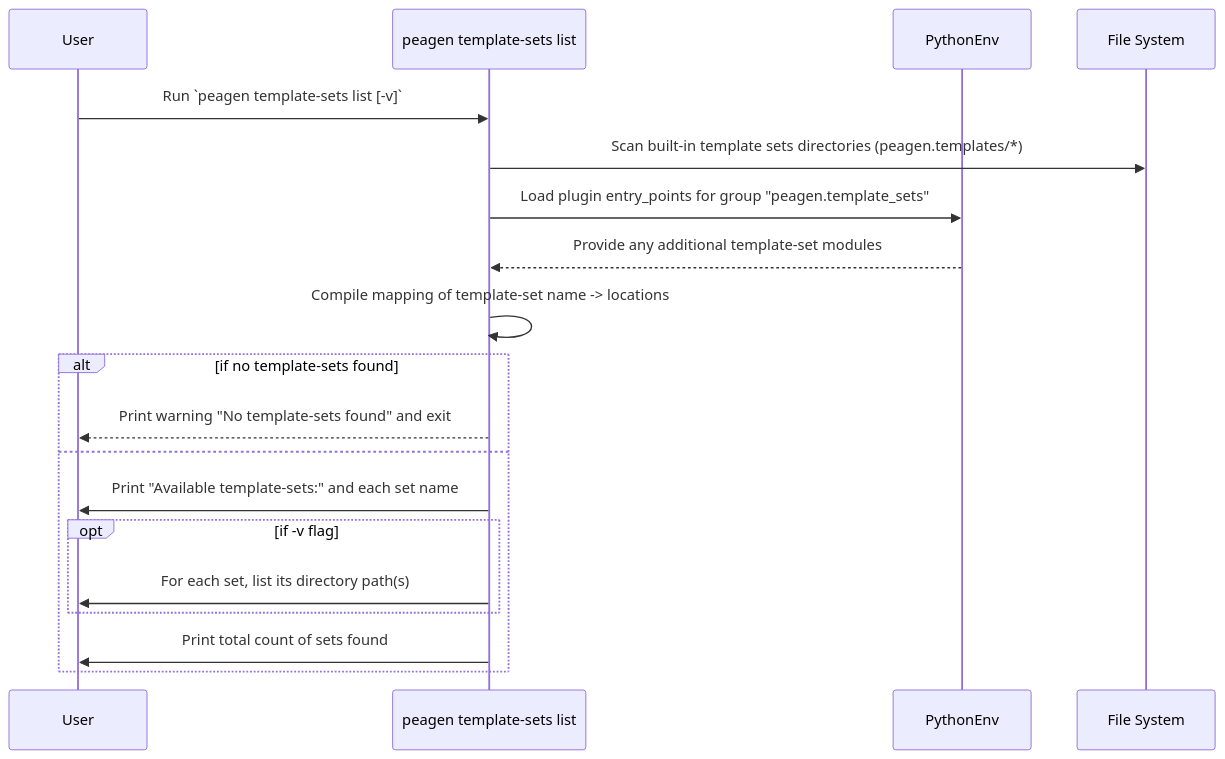
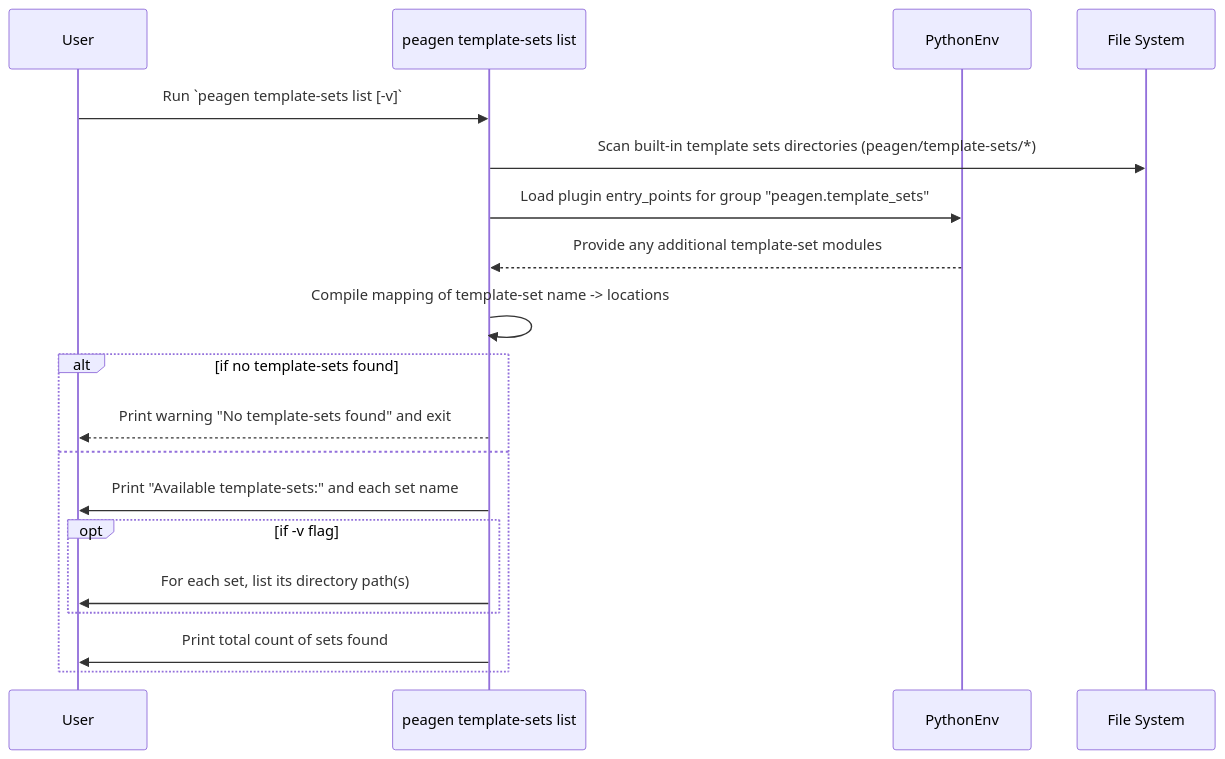
Before and after one commit to swarmauri/swarmauri-sdk: the diagram in pkgs/standards/peagen/docs/call_flows/peagen_template-sets_list.mmd, drawn with Mermaid. The commit also changed 217 other files, not shown here.

Commit message:
Rename templates directory to template_sets

```diff
--- a/pkgs/standards/peagen/docs/call_flows/peagen_template-sets_list.mmd
+++ b/pkgs/standards/peagen/docs/call_flows/peagen_template-sets_list.mmd
@@ -1,19 +1,19 @@
 sequenceDiagram
     participant User
     participant CLI as peagen template-sets list
     participant Env as PythonEnv
     participant FS as File System
     User ->> CLI: Run `peagen template-sets list [-v]`
-    CLI ->> FS: Scan built-in template sets directories (peagen.templates/*)
+    CLI ->> FS: Scan built-in template sets directories (peagen/template-sets/*)
     CLI ->> Env: Load plugin entry_points for group "peagen.template_sets"
     Env -->> CLI: Provide any additional template-set modules
     CLI ->> CLI: Compile mapping of template-set name -> locations
     alt if no template-sets found
         CLI -->> User: Print warning "No template-sets found" and exit
     else
         CLI ->> User: Print "Available template-sets:" and each set name
         opt if -v flag
             CLI ->> User: For each set, list its directory path(s)
         end
         CLI ->> User: Print total count of sets found
     end
```
